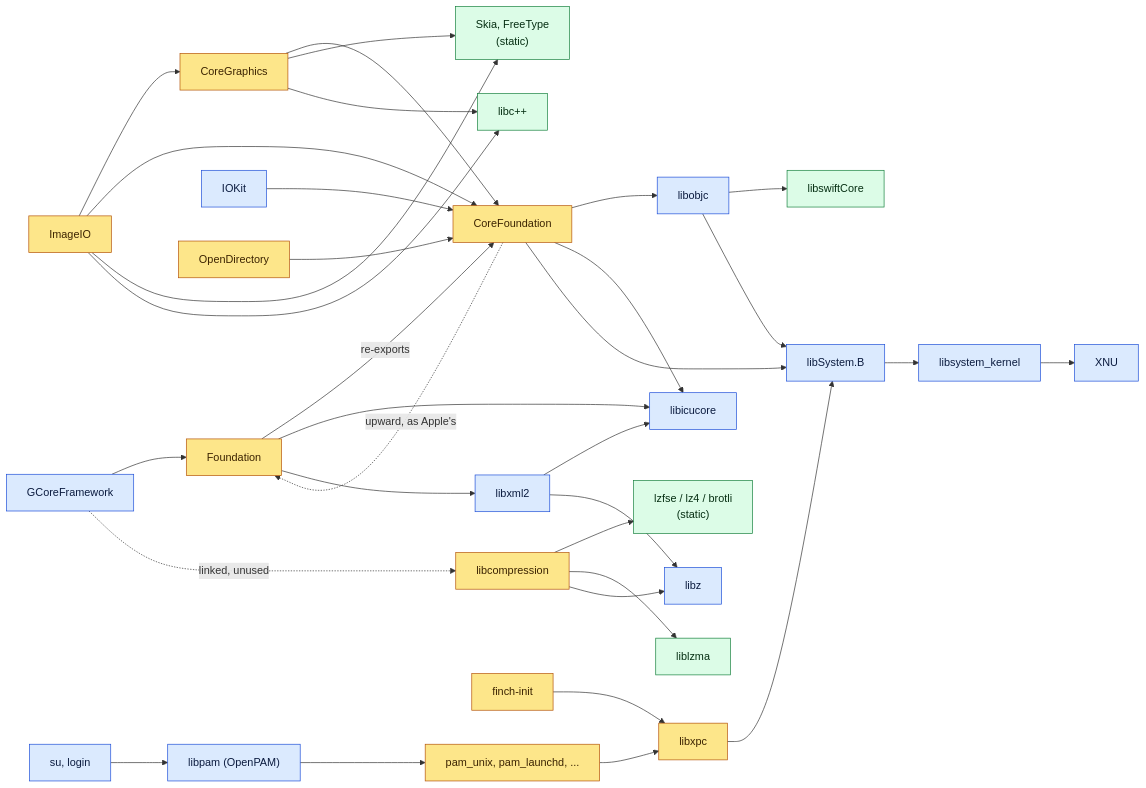
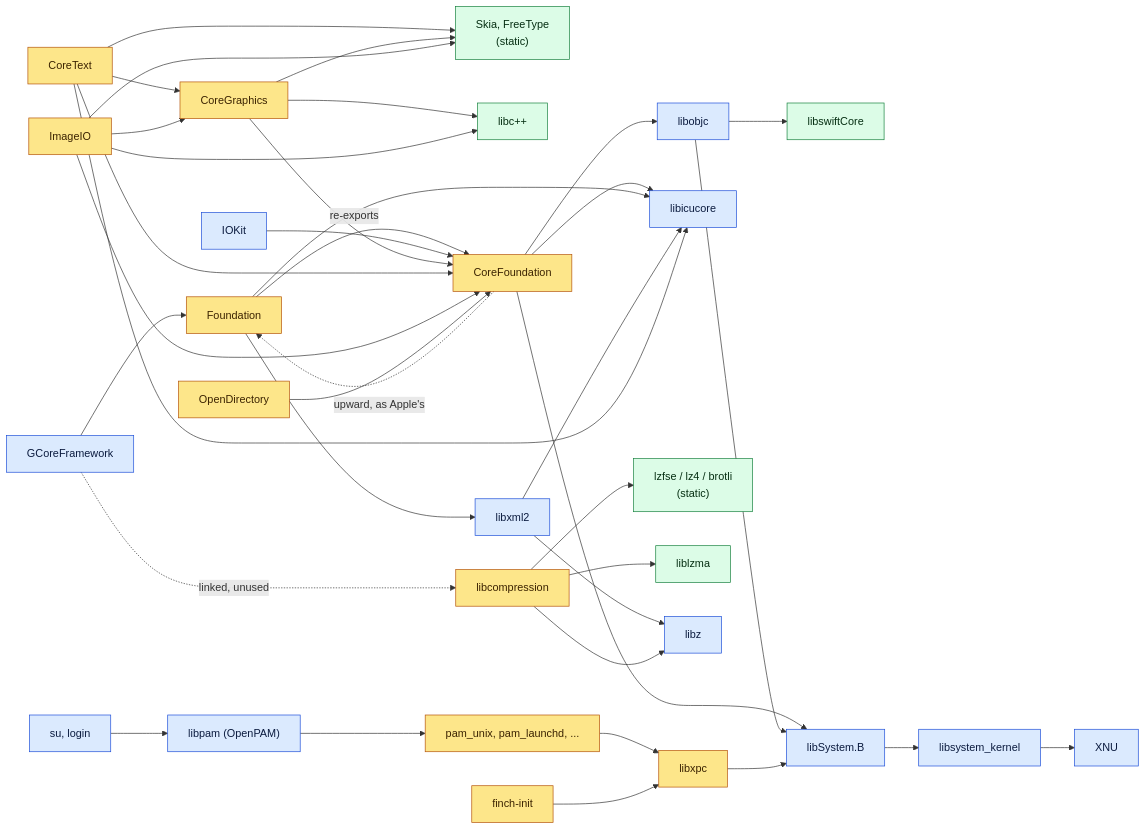
Before and after one commit to calebtrueman/finch: the second of 2 diagrams in docs/STACK.md, drawn with Mermaid. The commit also changed other lines of this file and 24 other files, not shown here.

````diff
--- a/docs/STACK.md
+++ b/docs/STACK.md
@@ -139,64 +139,69 @@
 ```mermaid
 flowchart LR
     classDef apple fill:#dbeafe,stroke:#1d4ed8,color:#0b1b3f
     classDef finch fill:#fde68a,stroke:#b45309,color:#3b2300
     classDef upstream fill:#dcfce7,stroke:#15803d,color:#052e12
     classDef planned fill:#f3f4f6,stroke:#9ca3af,color:#6b7280,stroke-dasharray:4 3
     classDef closed fill:#ffffff,stroke:#b91c1c,color:#b91c1c,stroke-width:2px
 
     gcore["GCoreFramework"]:::apple
     ffound["Foundation"]:::finch
     cgfw["CoreGraphics"]:::finch
+    ctfw["CoreText"]:::finch
     imageio["ImageIO"]:::finch
     skialib["Skia, FreeType<br/>(static)"]:::upstream
     cxxlib["libc++"]:::upstream
     cf["CoreFoundation"]:::finch
     iokit["IOKit"]:::apple
     od["OpenDirectory"]:::finch
     objc["libobjc"]:::apple
     swift["libswiftCore"]:::upstream
     icu["libicucore"]:::apple
     xml["libxml2"]:::apple
     comp["libcompression"]:::finch
     codecs["lzfse / lz4 / brotli<br/>(static)"]:::upstream
     lzma["liblzma"]:::upstream
     z["libz"]:::apple
     pamlib["libpam (OpenPAM)"]:::apple
     pammods["pam_unix, pam_launchd, ..."]:::finch
     su["su, login"]:::apple
     xpc["libxpc"]:::finch
     init["finch-init"]:::finch
     sys["libSystem.B"]:::apple
     kern["libsystem_kernel"]:::apple
     xnu["XNU"]:::apple
 
     gcore --> ffound
     gcore -.->|"linked, unused"| comp
     ffound -->|"re-exports"| cf
     cf -.->|"upward, as Apple's"| ffound
     cf --> objc --> swift
     cf --> icu
     ffound --> icu
     ffound --> xml
     xml --> icu
     xml --> z
     iokit --> cf
     cgfw --> cf
+    ctfw --> cgfw
+    ctfw --> cf
+    ctfw --> icu
+    ctfw --> skialib
     cgfw --> skialib
     cgfw --> cxxlib
     imageio --> cgfw
     imageio --> cf
     imageio --> skialib
     imageio --> cxxlib
     od --> cf
     comp --> codecs
     comp --> lzma
     comp --> z
     su --> pamlib --> pammods
     pammods --> xpc
     init --> xpc
     cf --> sys
     objc --> sys
     xpc --> sys
     sys --> kern --> xnu
 ```
````
